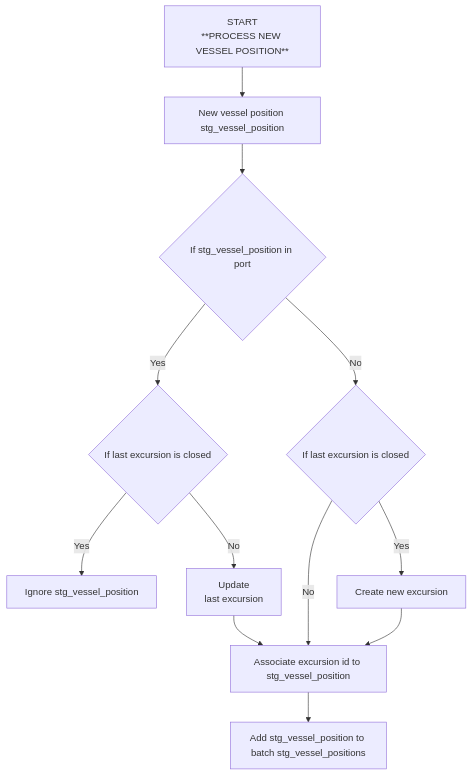
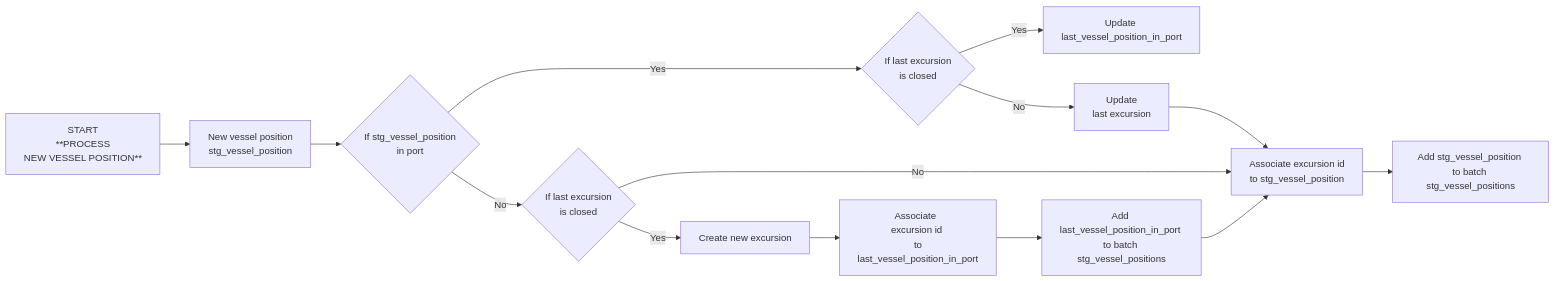
The second of 3 diagrams in docs/conception/segments_excursions_creation.md (dataforgoodfr/12_bloom), drawn with Mermaid before and after one commit. The commit also changed other lines of this file, not shown here.

````diff
--- a/docs/conception/segments_excursions_creation.md
+++ b/docs/conception/segments_excursions_creation.md
@@ -15,14 +29,14 @@
 ```mermaid
-graph TD;
-    ISTART[START<br>**PROCESS NEW VESSEL POSITION**]-->I000
-    I000[New vessel position stg_vessel_position]-->I001{If stg_vessel_position in port}
-    I001-->|Yes|I002{If last excursion is closed}
-    I002-->|Yes|I004[Ignore stg_vessel_position]
+graph LR;
+    ISTART[START<br>**PROCESS <br>NEW VESSEL POSITION**]-->I000
+    I000[New vessel position  <br>stg_vessel_position]-->I001{If stg_vessel_position  <br>in port}
+    I001-->|Yes|I002{If last excursion  <br>is closed}
+    I002-->|Yes|I004[Update <br>last_vessel_position_in_port]
     I002-->|No|I005[Update <br>last excursion]
-    I001-->|No|I006{If last excursion is closed}
-    I007[Associate excursion id to stg_vessel_position]
+    I001-->|No|I006{If last excursion  <br>is closed}
+    I007[Associate excursion id <br>to stg_vessel_position]
     I005-->I007
     I006-->|No|I007
-    I006-->|Yes|I008[Create new excursion]-->I007
-    I007-->I009[Add stg_vessel_position to batch stg_vessel_positions]
+    I006-->|Yes|I008[Create new excursion]-->I010[Associate  <br>excursion id <br> to last_vessel_position_in_port]-->I009[Add <br>last_vessel_position_in_port <br>to batch stg_vessel_positions]-->I007
+    I007-->I011[Add stg_vessel_position <br>to batch stg_vessel_positions]
 ```
````
